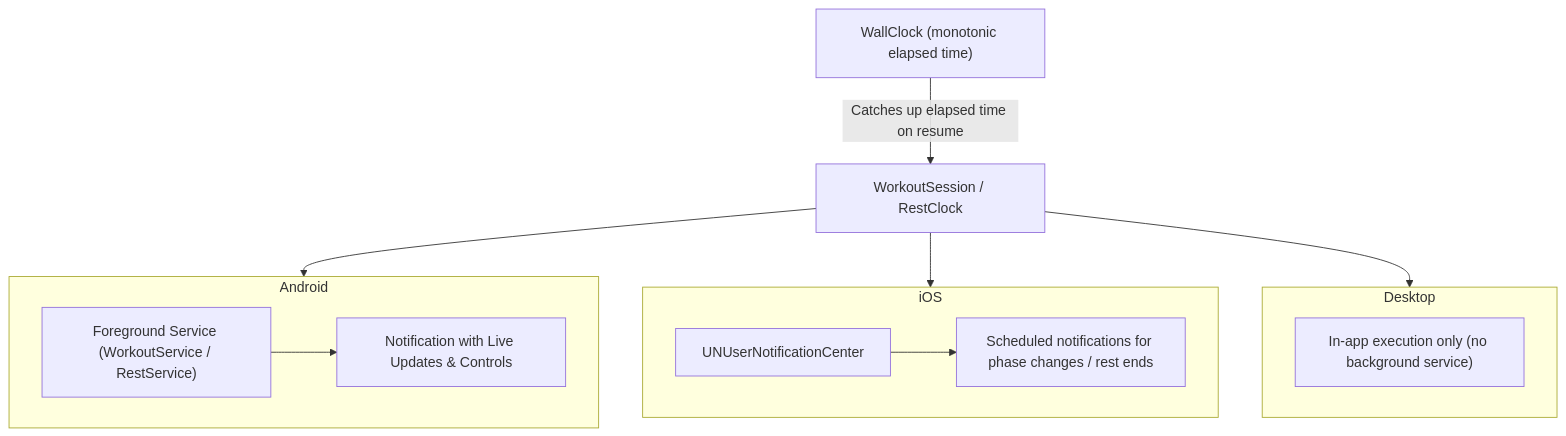
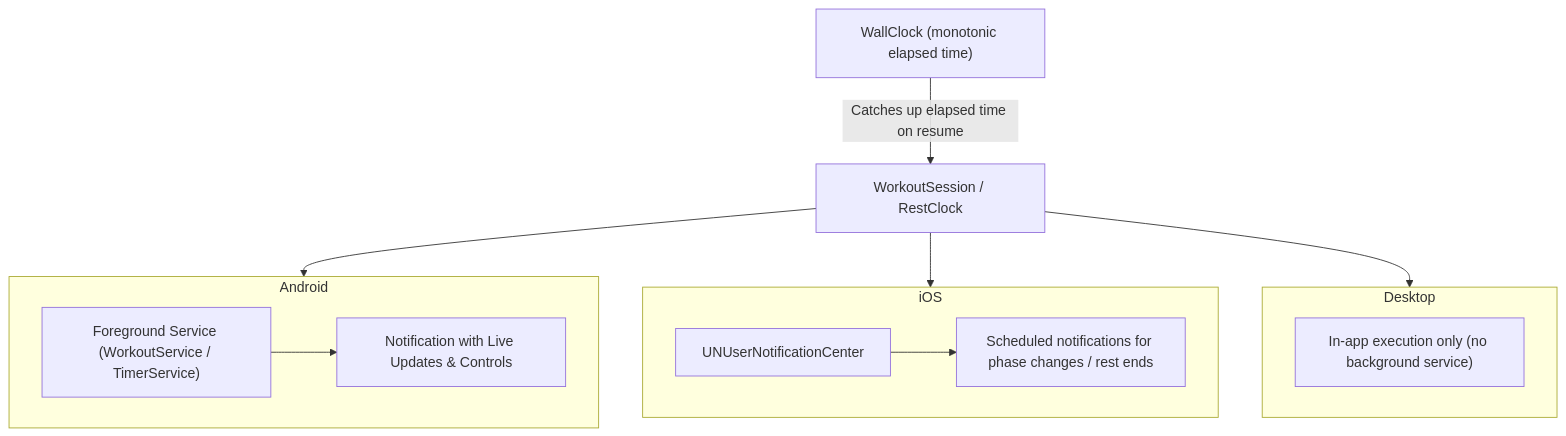
Before and after one commit to smithjustinn84-netizen/interval: the second of 2 diagrams in docs/architecture.md, drawn with Mermaid. The commit also changed other lines of this file and 41 other files, not shown here.

````diff
--- a/docs/architecture.md
+++ b/docs/architecture.md
@@ -303,26 +306,26 @@
 ```mermaid
 flowchart TD
     VM["WorkoutSession / RestClock"]
     Clock["WallClock (monotonic elapsed time)"]
     Clock -->|Catches up elapsed time on resume| VM
 
     subgraph AndroidExecution ["Android"]
-        Service["Foreground Service (WorkoutService / RestService)"]
+        Service["Foreground Service (WorkoutService / TimerService)"]
         Notif["Notification with Live Updates & Controls"]
         Service --> Notif
     end
 
     subgraph IOSExecution ["iOS"]
         LocalNotifs["UNUserNotificationCenter"]
         Scheduled["Scheduled notifications for phase changes / rest ends"]
         LocalNotifs --> Scheduled
     end
 
     subgraph DesktopExecution ["Desktop"]
         Noop["In-app execution only (no background service)"]
     end
 
     VM --> AndroidExecution
     VM --> IOSExecution
     VM --> DesktopExecution
 ```
````
